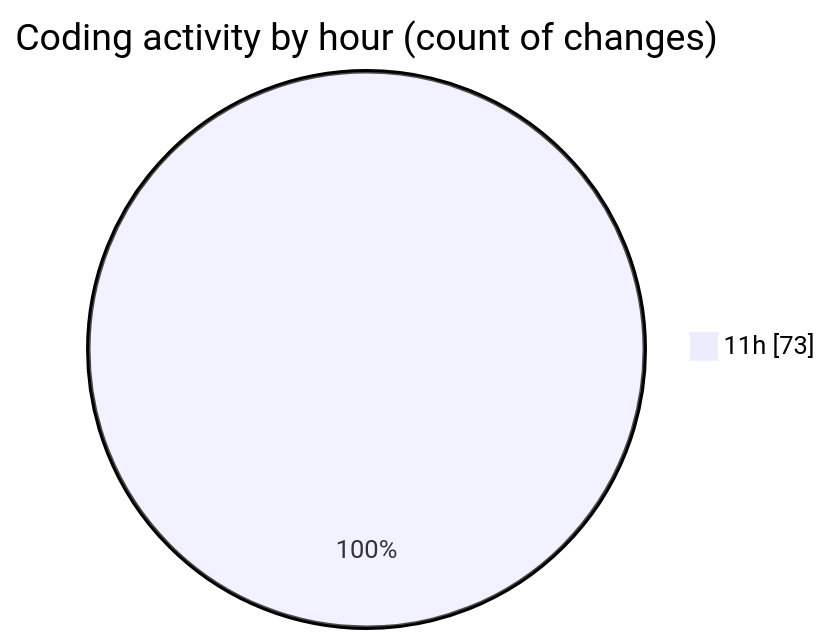
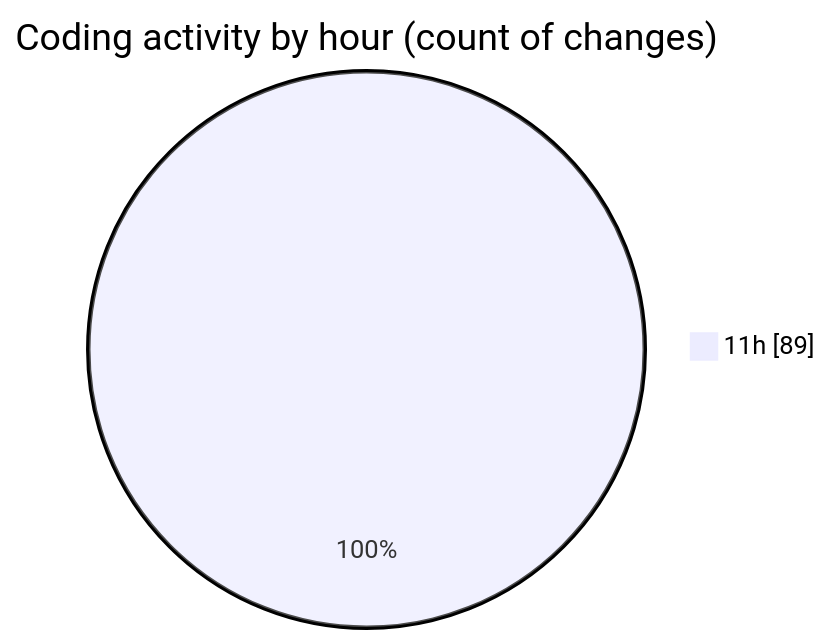
The second of 2 diagrams in 2026-06-23/nxtqube_webapp/README.md (nxtqubesakshisongat/code-tracking), drawn with Mermaid before and after one commit. The commit also changed other lines of this file and 1 other file, not shown here.

````diff
--- a/2026-06-23/nxtqube_webapp/README.md
+++ b/2026-06-23/nxtqube_webapp/README.md
@@ -28,5 +28,5 @@
 ```mermaid
 pie showData
 title Coding activity by hour (count of changes)
-"11h" : 73
+"11h" : 89
 ```
````
